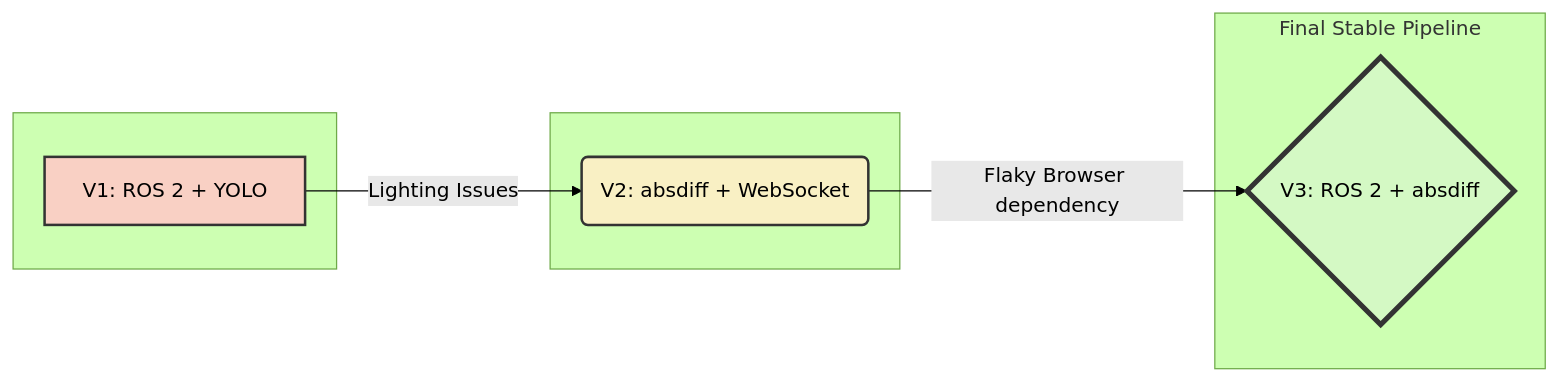
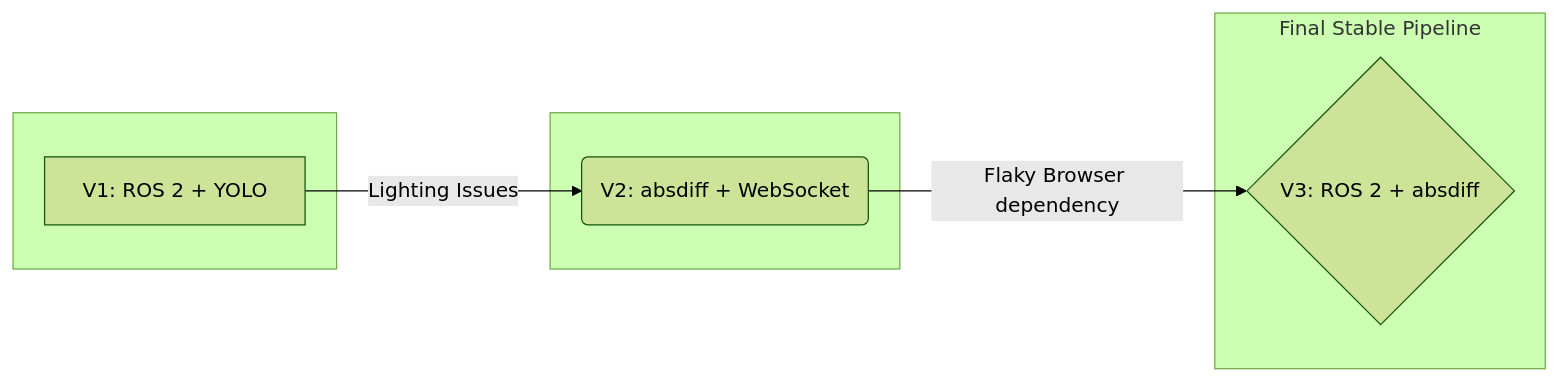
One commit to njanorupavam/VYUHA-2.0-chess-robotic-arm- changed the first of 2 diagrams in README.md. Above: the diagram before and after it, drawn with Mermaid (forest theme). The commit also changed other lines of this file, not shown here.

Commit message:
fix: remove hardcoded mermaid styles for dark mode compatibility

````diff
--- a/README.md
+++ b/README.md
@@ -72,19 +72,15 @@
 ```mermaid
 flowchart LR
     A[V1: ROS 2 + YOLO] -->|Lighting Issues| B(V2: absdiff + WebSocket)
     B -->|Flaky Browser dependency| C{V3: ROS 2 + absdiff}
-    
-    style A fill:#f9d0c4,stroke:#333,stroke-width:2px
-    style B fill:#f9f0c4,stroke:#333,stroke-width:2px
-    style C fill:#d4f9c4,stroke:#333,stroke-width:4px
 
     subgraph " "
     A
     end
     subgraph " "
     B
     end
     subgraph " Final Stable Pipeline "
     C
     end
 ```
````
